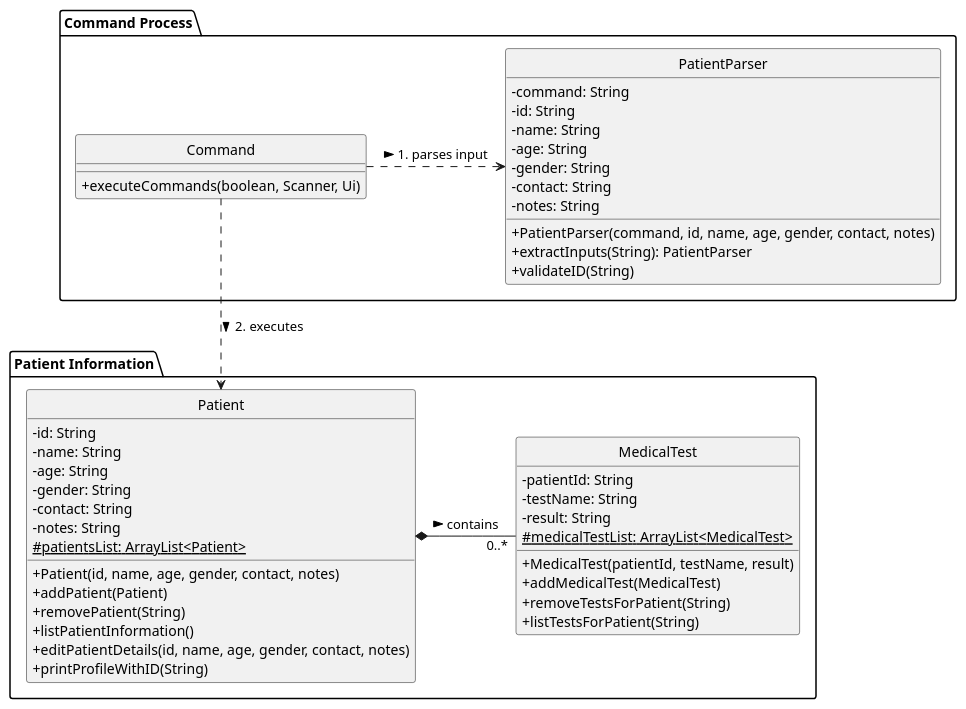
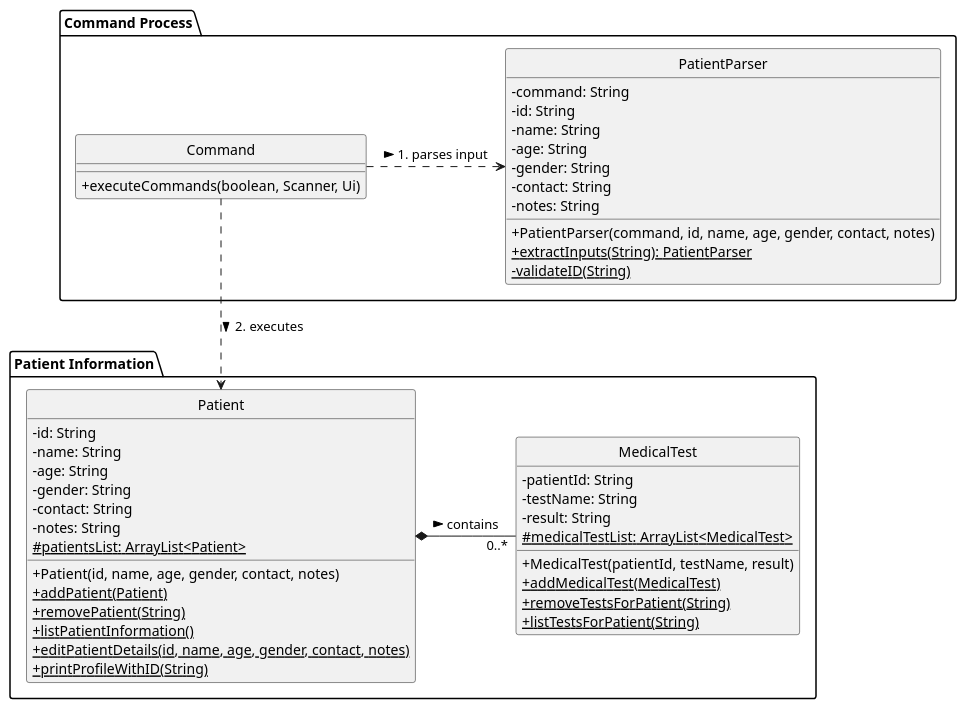
One commit to AY2425S2-CS2113-T11b-3/tp changed the diagram in docs/diagrams/patientSequenceDiagrams/patientComponent.puml. Above: the diagram before and after it, drawn with PlantUML. The commit also changed 8 other files, not shown here.

```diff
--- a/docs/diagrams/patientSequenceDiagrams/patientComponent.puml
+++ b/docs/diagrams/patientSequenceDiagrams/patientComponent.puml
@@ -1,60 +1,61 @@
 @startuml
 
 hide circle
 skinparam classAttributeIconSize 0
 
 package "Patient Information" {
   class Patient {
     -id: String
     -name: String
     -age: String
     -gender: String
     -contact: String
     -notes: String
     # {static} patientsList: ArrayList<Patient>
     +Patient(id, name, age, gender, contact, notes)
-    +addPatient(Patient)
-    +removePatient(String)
-    +listPatientInformation()
-    +editPatientDetails(id, name, age, gender, contact, notes)
-    +printProfileWithID(String)
+    + {static} addPatient(Patient)
+    +{static}removePatient(String)
+    +{static}listPatientInformation()
+    +{static}editPatientDetails(id, name, age, gender, contact, notes)
+    +{static}printProfileWithID(String)
   }
 
   class MedicalTest {
     -patientId: String
     -testName: String
     -result: String
     #{static}medicalTestList: ArrayList<MedicalTest>
     +MedicalTest(patientId, testName, result)
-    +addMedicalTest(MedicalTest)
-    +removeTestsForPatient(String)
-    +listTestsForPatient(String)
+    +{static}addMedicalTest(MedicalTest)
+    +{static}removeTestsForPatient(String)
+    +{static}listTestsForPatient(String)
   }
 }
 
 package "Command Process" {
   class Command {
     +executeCommands(boolean, Scanner, Ui)
   }
 
   class PatientParser {
     -command: String
     -id: String
     -name: String
     -age: String
     -gender: String
     -contact: String
     -notes: String
     +PatientParser(command, id, name, age, gender, contact, notes)
-    +extractInputs(String): PatientParser
-    +validateID(String)
+    +{static}extractInputs(String): PatientParser
+    -{static}validateID(String)
+
   }
 }
 
 Command .right.> PatientParser : 1. parses input >
 Command ..> Patient : 2. executes >
 
 Patient *-right- "0..*" MedicalTest : contains >
 
 
 @enduml
```
